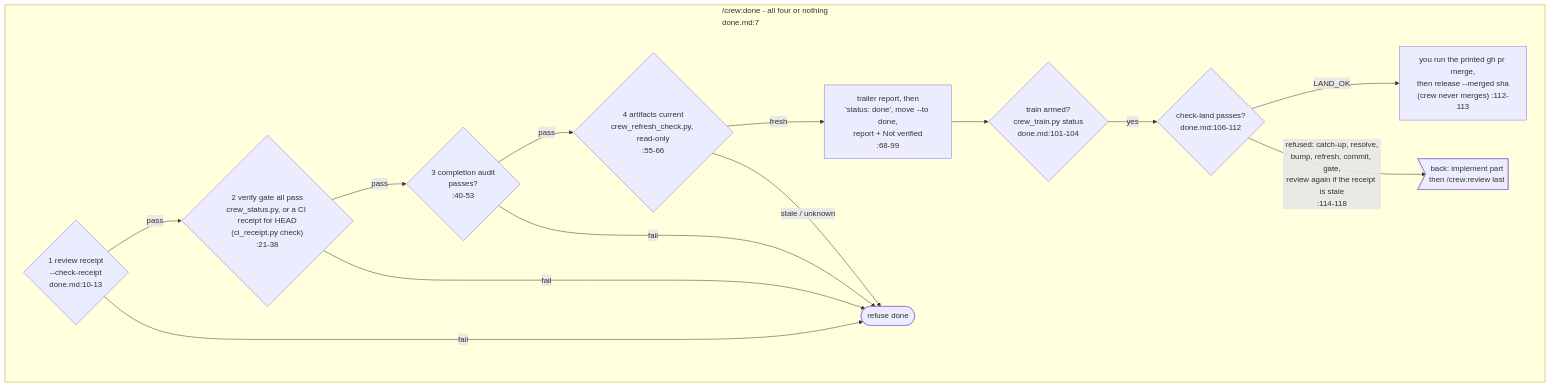
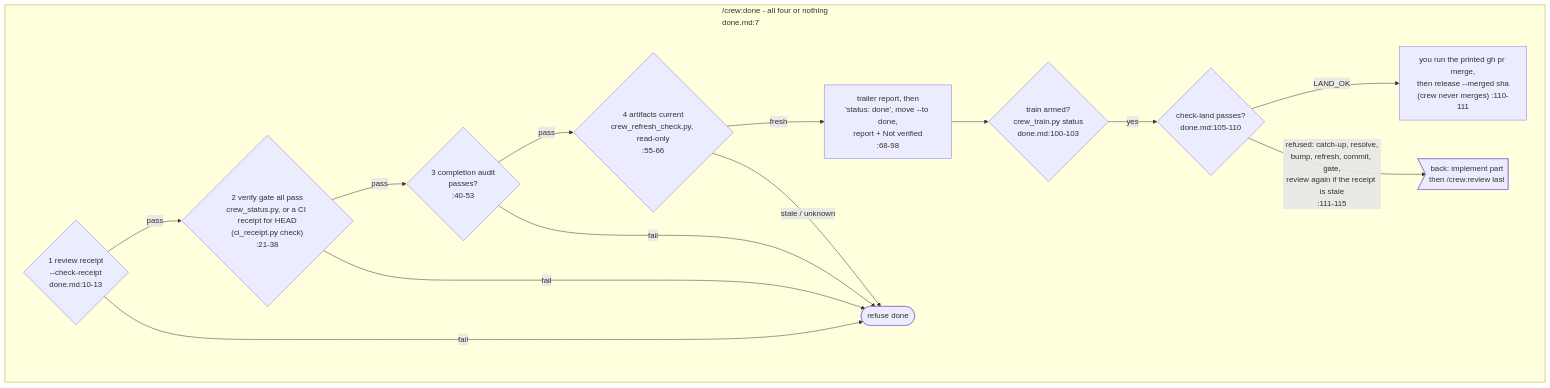
One commit to mbadali25/useful-claude-add-ons changed the diagram in docs/diagrams/process-crew-lifecycle-done.mmd. Above: the diagram before and after it, drawn with Mermaid. The commit also changed 1 other file, not shown here.

Commit message:
T-0041: keep done.md within its 120-line cap after merging main
Main's T-0066 trailer report plus T-0041's step 5 made done.md 124 lines;
step 5 and the landing paragraph are re-wrapped (no word changed) and the
lifecycle-done diagram's citations re-taken.

Claude-Session: https://claude.ai/code/session_016wQA2o38aSB65bpjaGpMVJ

```diff
--- a/docs/diagrams/process-crew-lifecycle-done.mmd
+++ b/docs/diagrams/process-crew-lifecycle-done.mmd
@@ -1,51 +1,52 @@
 %% Generated from useful-claude-add-ons@69de978c on 2026-10-04. Verify before trusting.
 %% Anchors: plugin/crew/commands/done.md, plugin/crew/hooks/scripts/crew_ticket.py, plugin/crew/hooks/scripts/completion_audit.py, plugin/crew/hooks/scripts/crew_refresh_check.py, plugin/crew/hooks/scripts/crew_tracker.py, plugin/crew/hooks/scripts/crew_train.py
 %% Purpose: /crew:done's four checks, all of which must pass before the ticket is marked done, and the optional landing through the merge train.
 %% Re-drawn for T-0066 (crew 1.0.328, merging origin/main c9263465, then edb2b8ff, 155fe6d8 and e9364a70, all leaving done.md unchanged): the trailer
 %%    report (done.md:68-76) folded into dn4, which it precedes (a separate node crossed dn1 -> dnx); done.md cites re-read on this tree.
 %% One part of the crew lifecycle; process-crew-lifecycle.mmd is the overview and keeps the re-anchor history.
 %% Arrow-shaped nodes ("next:" / "back:" / "again:") stand for a node drawn in the named part.
 %% --
 %% Every node cites the command file's own line; files are named repo-relative
 %% here and by basename in the nodes (all under plugin/crew/commands/ unless
 %% named otherwise):
 %%   plugin/crew/commands/done.md:7 all four checks must pass; :10-13 check 1
 %%     review receipt (--check-receipt); :21-38 check 2 verify gate via
 %%     crew_status.py (:27); :40-43 check 3 completion audit (:48-53: a refresh artifact
 %%     not admitted is listed with its reason); :55-66 check 4
 %%     crew_refresh_check.py (:58), read-only, refuses on stale/unknown and never
 %%     refreshes; :68-76 the forbidden-trailer report (never refuses); :78-84 all
 %%     pass -> spec.md `status: done`, keeping the approval (:80-81), then
 %%     crew_tracker.py move --to done (:82); :89 crew_metrics record;
-%%     :96-99 the report, ending with **Not verified:** (T-0041).
+%%     :96-98 the report, ending with **Not verified:** (T-0041).
 %%   Re-read at 69de978c (T-0041): every done.md citation in this file re-derived
 %%     with grep -n; the f808e5f0 positions below check 2 were already behind the
 %%     file before T-0041, which added step 5 (:86-89) and moved the train by four.
 %%   Batch 6 merge with main (T-0066's trailer report at done.md:68-76): every
-%%     done.md citation above and in the nodes re-taken by grep -n on the merged tree.
+%%     done.md citation above and in the nodes re-taken by grep -n on the merged tree,
+%%     after step 5 and the landing paragraph were re-wrapped to keep done.md at 120 lines.
 %% --
 %% Note dn3: (refresh artifacts: re-anchor or regeneration the change reaches)
 %% Note dn4: first a report, never a check (T-0066, done.md:68-76): crew_trailers.py --check lists
 %%    git.forbiddenTrailers over the ticket's own commits (git log --first-parent) as clean / FINDING /
 %%    unknown, copied to the close note and PR body; never refuses, never rewrites. Then spec.md
 %%    'status: done' (keeps the approval), crew_tracker.py move --to done, crew_metrics record,
-%%    then the report with its Not verified list (T-0041, done.md:96-99)
+%%    then the report with its Not verified list (T-0041, done.md:96-98)
 %% Note ln1: crew_train.py check-land: holds the train, merge-tree clean, base unmoved in
 %%    Touch, receipt + gate
 %% Note ln2: --merge --match-head-commit sha
 flowchart TB
     subgraph done["/crew:done - all four or nothing<br/>done.md:7"]
         dn1{"1 review receipt<br/>--check-receipt<br/>done.md:10-13"}
         dn1 -- pass --> dn2{"2 verify gate all pass<br/>crew_status.py, or a CI receipt for HEAD<br/>(ci_receipt.py check)<br/>:21-38"}
         dn2 -- pass --> dn3{"3 completion audit<br/>passes?<br/>:40-53"}
         dn3 -- pass --> dn5{"4 artifacts current<br/>crew_refresh_check.py, read-only<br/>:55-66"}
-        dn5 -- fresh --> dn4["trailer report, then<br/>'status: done', move --to done,<br/>report + Not verified<br/>:68-99"]
+        dn5 -- fresh --> dn4["trailer report, then<br/>'status: done', move --to done,<br/>report + Not verified<br/>:68-98"]
         dn1 -- fail --> dnx([refuse done])
         dn2 -- fail --> dnx
         dn3 -- fail --> dnx
         dn5 -- "stale / unknown" --> dnx
-        dn4 --> ln0{"train armed?<br/>crew_train.py status<br/>done.md:101-104"}
-        ln0 -- yes --> ln1{"check-land passes?<br/>done.md:106-112"}
-        ln1 -- LAND_OK --> ln2["you run the printed gh pr merge,<br/>then release --merged sha<br/>(crew never merges) :112-113"]
-        ln1 -- "refused: catch-up, resolve,<br/>bump, refresh, commit, gate,<br/>review again if the receipt is stale<br/>:114-118" --> to_im5>"back: implement part<br/>then /crew:review last"]
+        dn4 --> ln0{"train armed?<br/>crew_train.py status<br/>done.md:100-103"}
+        ln0 -- yes --> ln1{"check-land passes?<br/>done.md:105-110"}
+        ln1 -- LAND_OK --> ln2["you run the printed gh pr merge,<br/>then release --merged sha<br/>(crew never merges) :110-111"]
+        ln1 -- "refused: catch-up, resolve,<br/>bump, refresh, commit, gate,<br/>review again if the receipt is stale<br/>:111-115" --> to_im5>"back: implement part<br/>then /crew:review last"]
     end
```
